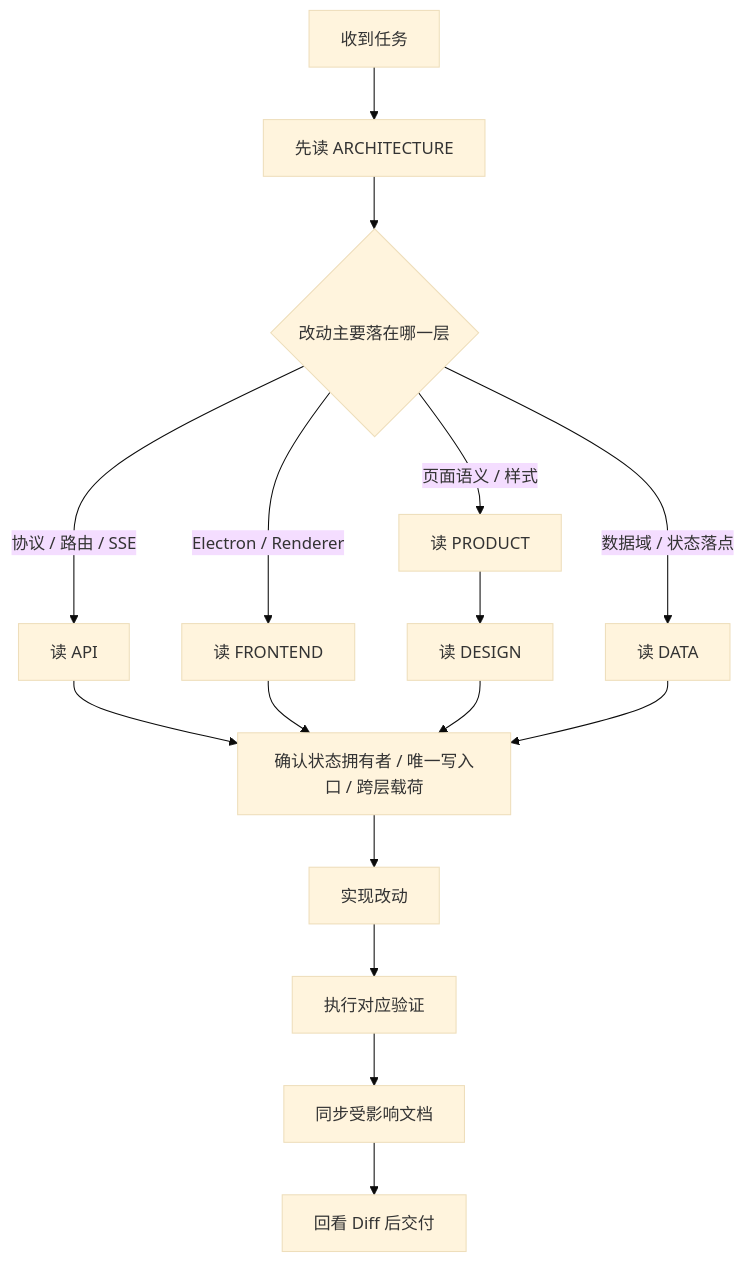
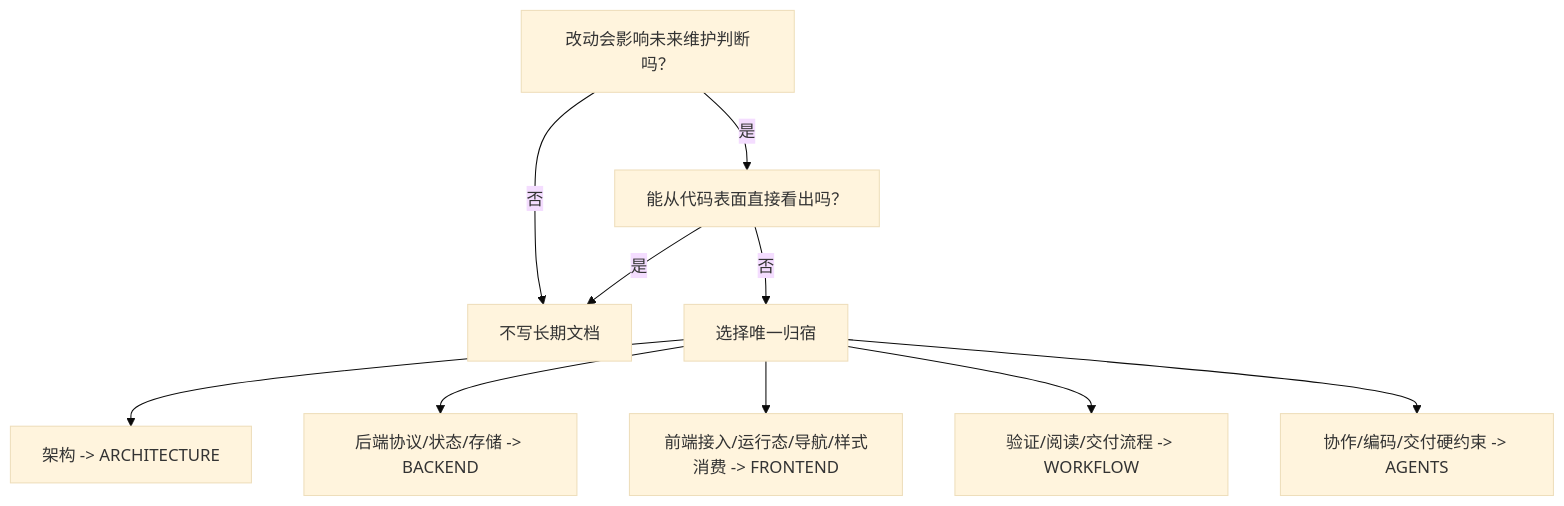
One commit to neavo/LinguaGacha changed the diagram in docs/WORKFLOW.md. Above: the diagram before and after it, drawn with Mermaid (base theme). The commit also changed other lines of this file and 670 other files, not shown here.

````diff
--- a/docs/WORKFLOW.md
+++ b/docs/WORKFLOW.md
@@ -5,18 +41,12 @@
 ```mermaid
 flowchart TD
-    A["收到任务"] --> B["先读 ARCHITECTURE"]
-    B --> C{"改动主要落在哪一层"}
-    C -->|协议 / 路由 / SSE| D["读 API"]
-    C -->|Electron / Renderer| E["读 FRONTEND"]
-    C -->|页面语义 / 样式| F["读 PRODUCT"]
-    F --> F0["读 DESIGN"]
-    C -->|数据域 / 状态落点| G["读 DATA"]
-    D --> H["确认状态拥有者 / 唯一写入口 / 跨层载荷"]
-    E --> H
-    F0 --> H
-    G --> H
-    H --> I["实现改动"]
-    I --> J["执行对应验证"]
-    J --> K["同步受影响文档"]
-    K --> L["回看 Diff 后交付"]
+  A["改动会影响未来维护判断吗？"] -->|否| B["不写长期文档"]
+  A -->|是| C["能从代码表面直接看出吗？"]
+  C -->|是| B
+  C -->|否| D["选择唯一归宿"]
+  D --> E["架构 -> ARCHITECTURE"]
+  D --> F["后端协议/状态/存储 -> BACKEND"]
+  D --> G["前端接入/运行态/导航/样式消费 -> FRONTEND"]
+  D --> H["验证/阅读/交付流程 -> WORKFLOW"]
+  D --> I["协作/编码/交付硬约束 -> AGENTS"]
 ```
````
